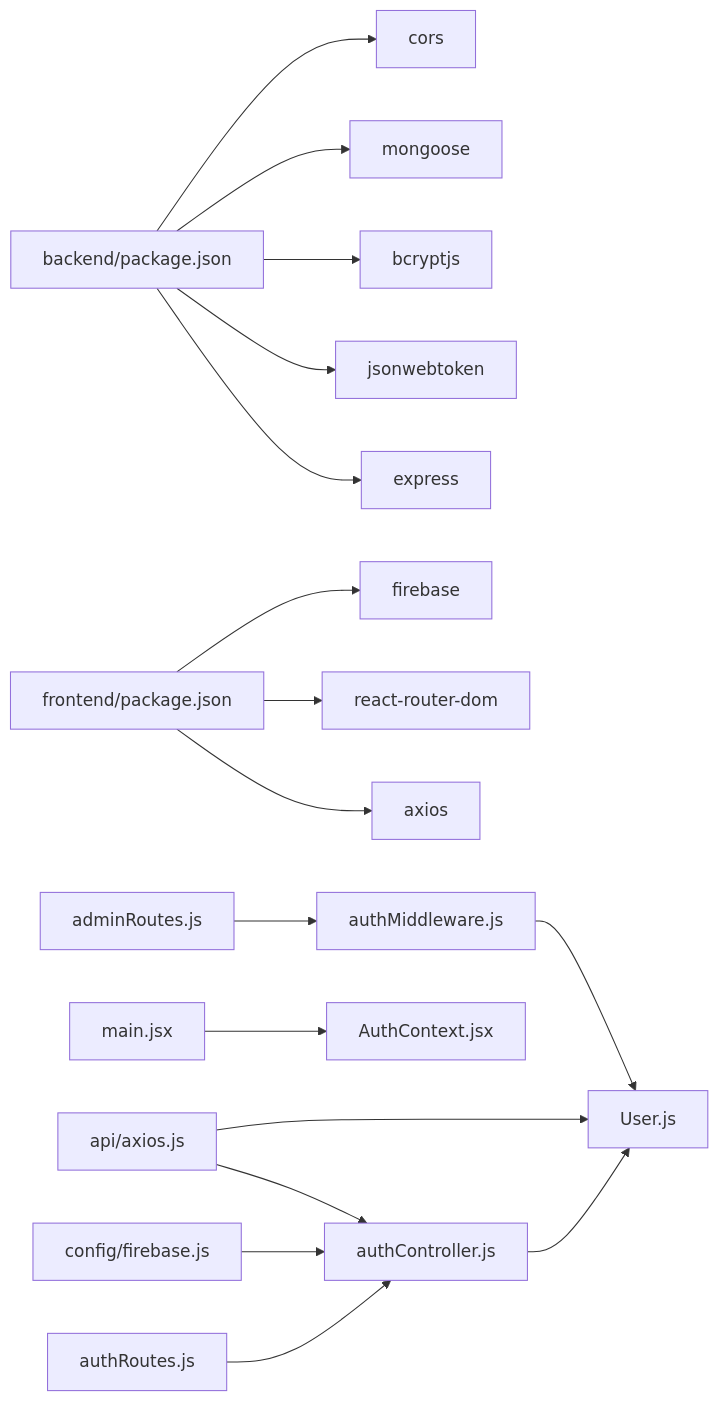
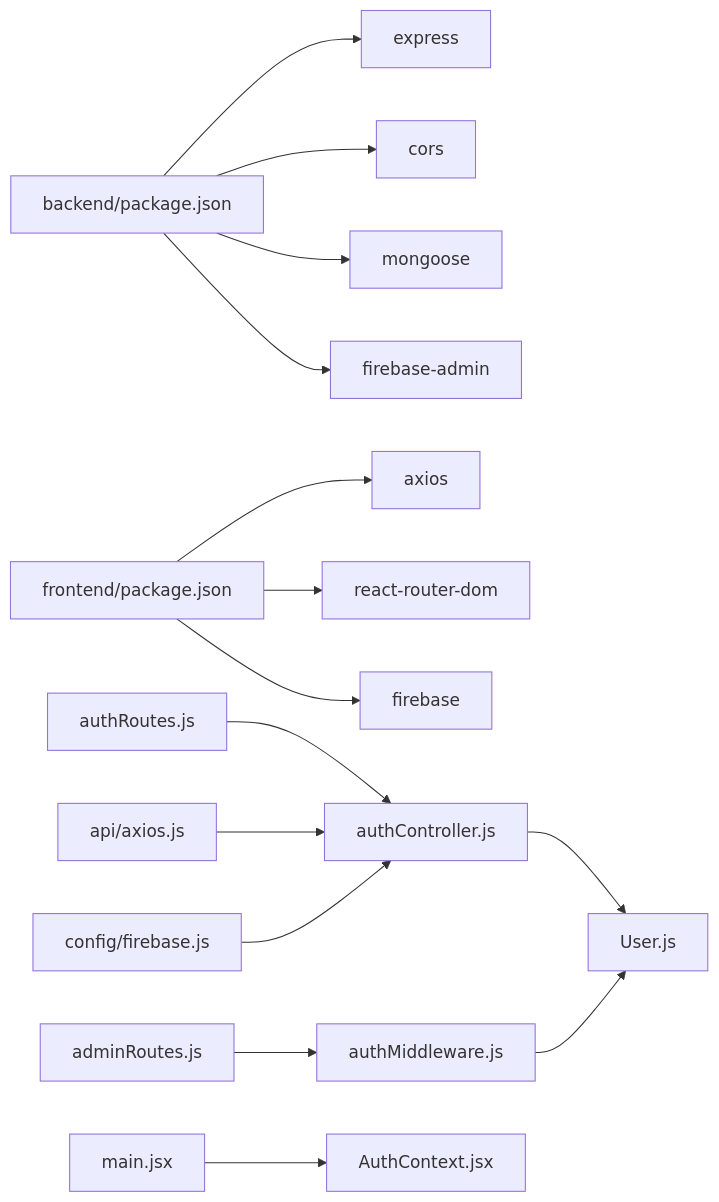
Before and after one commit to Pavan-PSPK9032/TrendsandToss: the seventh of 7 diagrams in .qoder/repowiki/en/content/Authentication & Authorization/Authentication & Authorization.md, drawn with Mermaid. The commit also changed other lines of this file and 6 other files, not shown here.

````diff
--- a/.qoder/repowiki/en/content/Authentication & Authorization/Authentication & Authorization.md
+++ b/.qoder/repowiki/en/content/Authentication & Authorization/Authentication & Authorization.md
@@ -401,19 +379,17 @@
 ```mermaid
 graph LR
 PkgB["backend/package.json"] --> EXP["express"]
-PkgB --> JWT["jsonwebtoken"]
-PkgB --> BC["bcryptjs"]
+PkgB --> CRS["cors"]
 PkgB --> MNG["mongoose"]
-PkgB --> CRS["cors"]
+PkgB --> FBADM["firebase-admin"]
 PkgF["frontend/package.json"] --> AX["axios"]
 PkgF --> RRD["react-router-dom"]
 PkgF --> FB["firebase"]
 AR["authRoutes.js"] --> AC["authController.js"]
 ADMR["adminRoutes.js"] --> AMW["authMiddleware.js"]
 AC --> UM["User.js"]
 AMW --> UM
 AXI["api/axios.js"] --> AC
-AXI --> UM
 FC["config/firebase.js"] --> AC
 MAIN["main.jsx"] --> CTX["AuthContext.jsx"]
 ```
````
